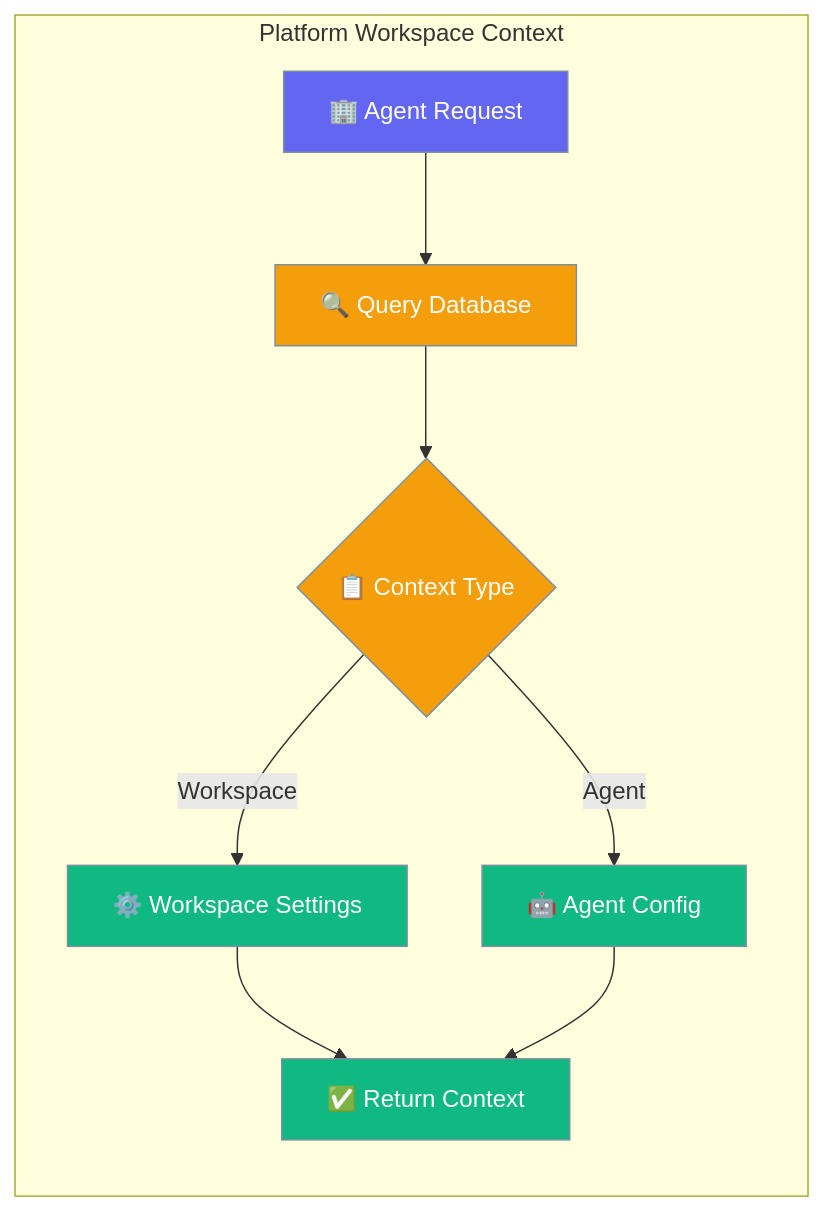
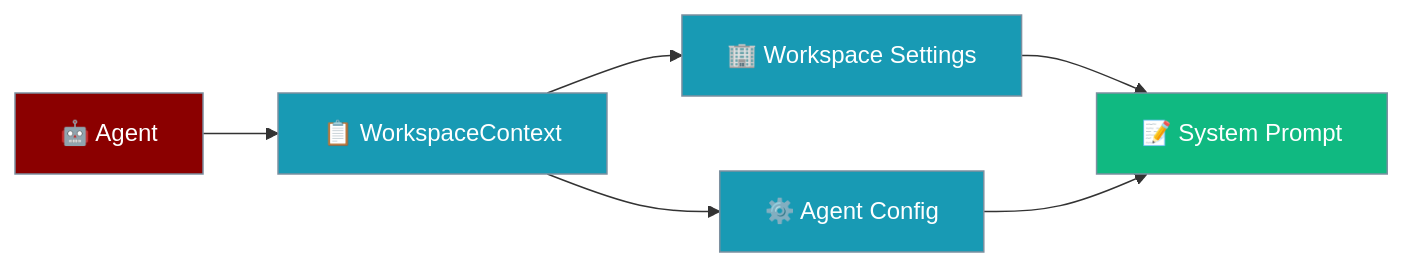
One commit to MervinPraison/PraisonAIDocs changed the first of 2 diagrams in docs/features/platform-workspace-context.mdx. Above: the diagram before and after it, drawn with Mermaid. The commit also changed other lines of this file and 4 other files, not shown here.

````diff
--- a/docs/features/platform-workspace-context.mdx
+++ b/docs/features/platform-workspace-context.mdx
@@ -10,19 +33,16 @@
 ```mermaid
 graph LR
-    subgraph "Platform Workspace Context"
-        A[🏢 Agent Request] --> B[🔍 Query Database]
-        B --> C{📋 Context Type}
-        C -->|Workspace| D[⚙️ Workspace Settings]
-        C -->|Agent| E[🤖 Agent Config]
-        D --> F[✅ Return Context]
-        E --> F
-    end
-    
-    classDef input fill:#6366F1,stroke:#7C90A0,color:#fff
-    classDef process fill:#F59E0B,stroke:#7C90A0,color:#fff
+    Agent[🤖 Agent] --> Ctx[📋 WorkspaceContext]
+    Ctx --> WS[🏢 Workspace Settings]
+    Ctx --> Config[⚙️ Agent Config]
+    WS --> Prompt[📝 System Prompt]
+    Config --> Prompt
+
+    classDef agent fill:#8B0000,stroke:#7C90A0,color:#fff
+    classDef ctx fill:#189AB4,stroke:#7C90A0,color:#fff
     classDef output fill:#10B981,stroke:#7C90A0,color:#fff
-    
-    class A input
-    class B,C process
-    class D,E,F output
+
+    class Agent agent
+    class Ctx,WS,Config ctx
+    class Prompt output
 ```
````
